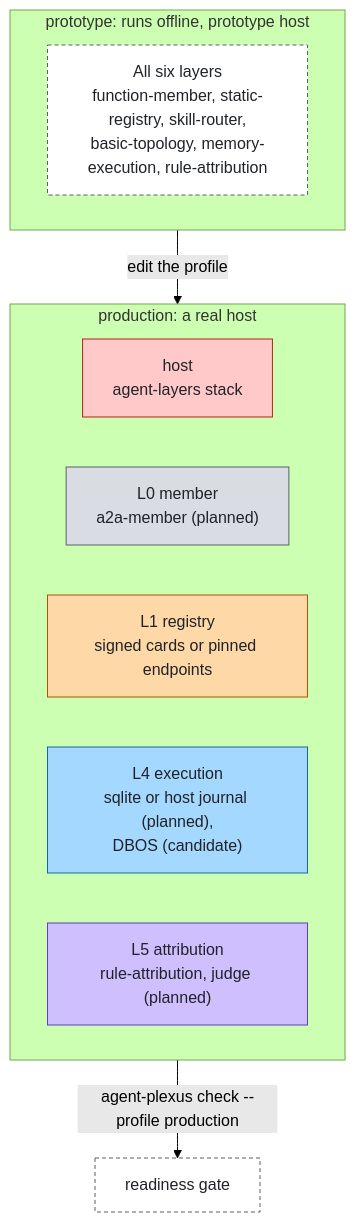
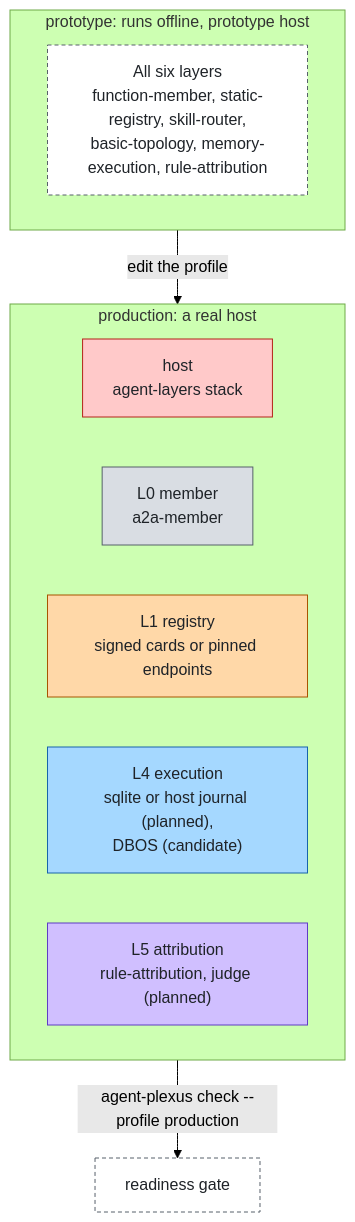
The second of 2 diagrams in docs/product.md (aantenore/agent-plexus), drawn with Mermaid (forest theme) before and after one commit. The commit also changed other lines of this file and 11 other files, not shown here.

````diff
--- a/docs/product.md
+++ b/docs/product.md
@@ -62,21 +62,21 @@
 ```mermaid
 flowchart TB
   subgraph proto["prototype: runs offline, prototype host"]
     base["All six layers<br/>function-member, static-registry, skill-router,<br/>basic-topology, memory-execution, rule-attribution"]:::external
   end
   subgraph prod["production: a real host"]
     xhost["host<br/>agent-layers stack"]:::control
-    xmem["L0 member<br/>a2a-member (planned)"]:::foundation
+    xmem["L0 member<br/>a2a-member"]:::foundation
     xreg["L1 registry<br/>signed cards or pinned endpoints"]:::model
     xexe["L4 execution<br/>sqlite or host journal (planned),<br/>DBOS (candidate)"]:::agent
     xatt["L5 attribution<br/>rule-attribution, judge (planned)"]:::insight
   end
   proto -->|"edit the profile"| prod
   prod -->|"agent-plexus check --profile production"| gate["readiness gate"]:::external
   classDef foundation fill:#d9dde3,stroke:#57606a,color:#1f2328
   classDef model fill:#ffd8a8,stroke:#a85400,color:#1f2328
   classDef agent fill:#a5d8ff,stroke:#1864ab,color:#1f2328
   classDef control fill:#ffc9c9,stroke:#b42318,color:#1f2328
   classDef insight fill:#d0bfff,stroke:#5f3dc4,color:#1f2328
   classDef external fill:#ffffff,stroke:#57606a,color:#1f2328,stroke-dasharray:4 3
 ```
````
